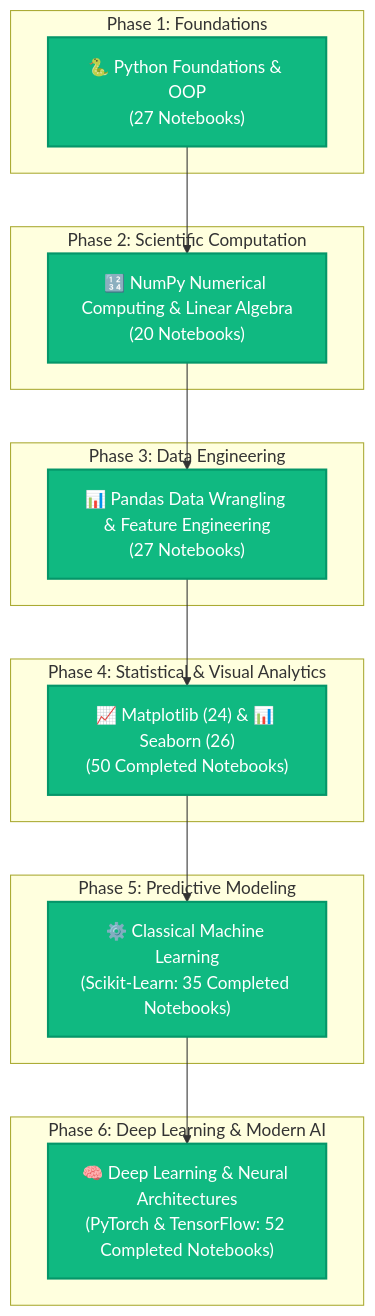
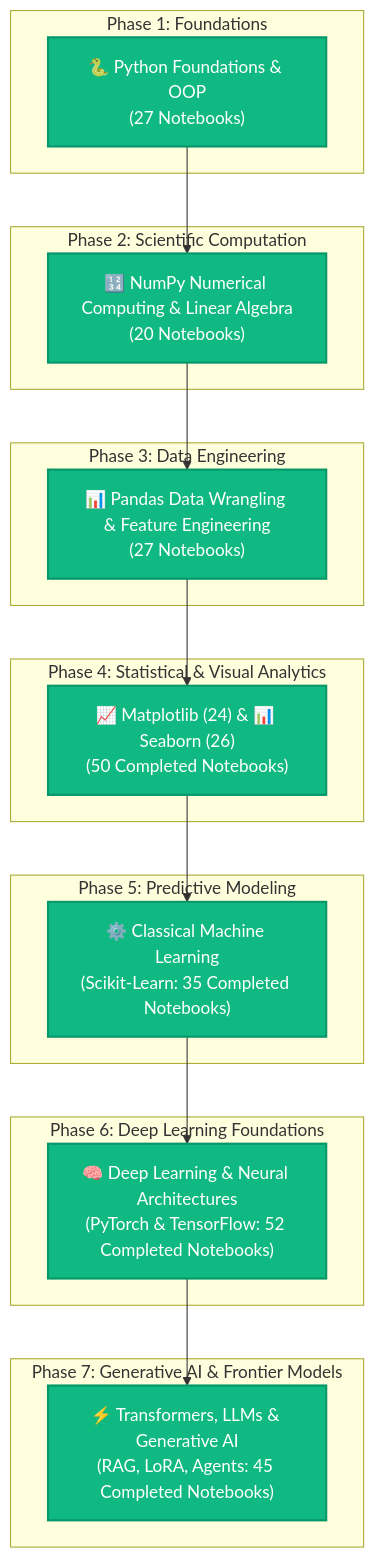
One commit to VIJAYAPANDIANT/AI-ML-Learning changed the diagram in README.md. Above: the diagram before and after it, drawn with Mermaid. The commit also changed other lines of this file and 46 other files, not shown here.

Commit message:
feat: add complete 45-notebook Transformers and Generative AI module with documentation and update root README

````diff
--- a/README.md
+++ b/README.md
@@ -109,36 +112,41 @@
 ```mermaid
 flowchart TD
     subgraph S1["Phase 1: Foundations"]
         A["🐍 Python Foundations & OOP<br/>(27 Notebooks)"]
     end
 
     subgraph S2["Phase 2: Scientific Computation"]
         B["🔢 NumPy Numerical Computing & Linear Algebra<br/>(20 Notebooks)"]
     end
 
     subgraph S3["Phase 3: Data Engineering"]
         C["📊 Pandas Data Wrangling & Feature Engineering<br/>(27 Notebooks)"]
     end
 
     subgraph S4["Phase 4: Statistical & Visual Analytics"]
         D["📈 Matplotlib (24) & 📊 Seaborn (26)<br/>(50 Completed Notebooks)"]
     end
 
     subgraph S5["Phase 5: Predictive Modeling"]
         E["⚙️ Classical Machine Learning<br/>(Scikit-Learn: 35 Completed Notebooks)"]
     end
 
-    subgraph S6["Phase 6: Deep Learning & Modern AI"]
+    subgraph S6["Phase 6: Deep Learning Foundations"]
         F["🧠 Deep Learning & Neural Architectures<br/>(PyTorch & TensorFlow: 52 Completed Notebooks)"]
+    end
+
+    subgraph S7["Phase 7: Generative AI & Frontier Models"]
+        G["⚡ Transformers, LLMs & Generative AI<br/>(RAG, LoRA, Agents: 45 Completed Notebooks)"]
     end
 
     A --> B
     B --> C
     C --> D
     D --> E
     E --> F
+    F --> G
 
     classDef completed fill:#10B981,stroke:#059669,stroke-width:2px,color:#ffffff;
     classDef upcoming fill:#3B82F6,stroke:#2563EB,stroke-width:2px,color:#ffffff;
-    class A,B,C,D,E,F completed;
+    class A,B,C,D,E,F,G completed;
 ```
````
